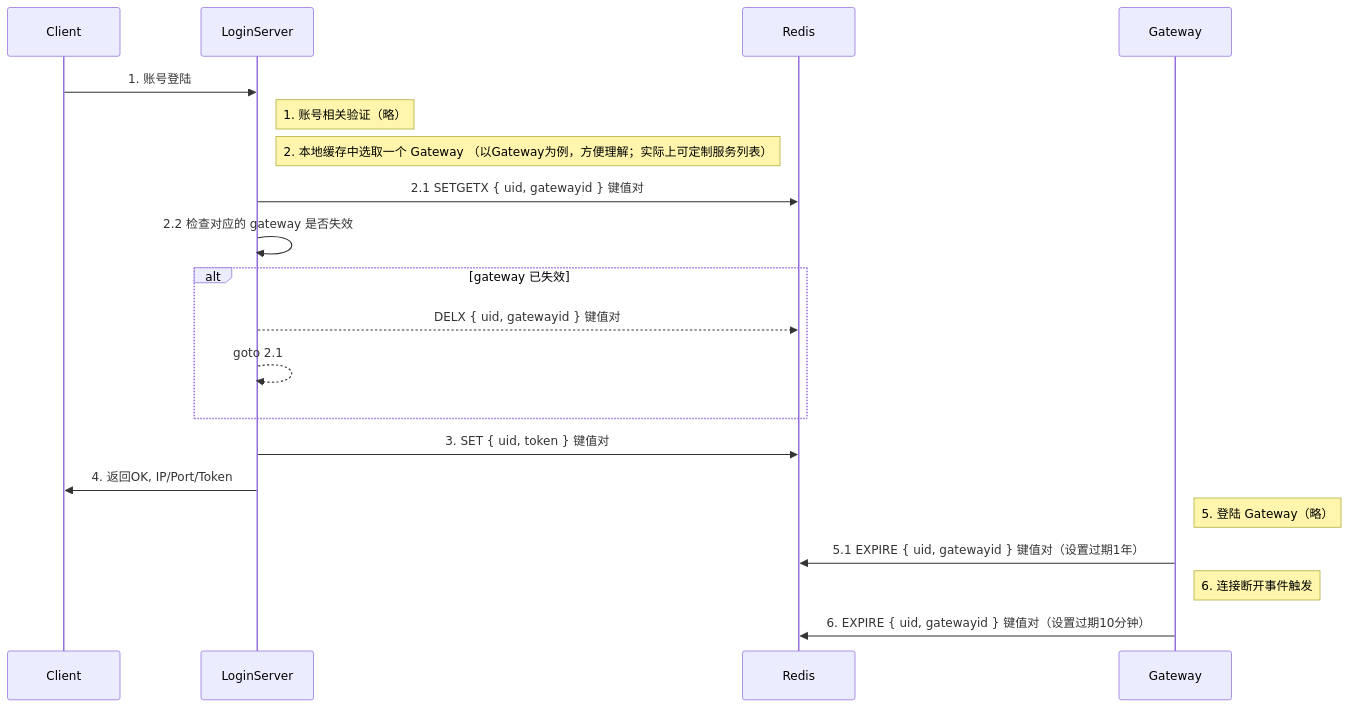
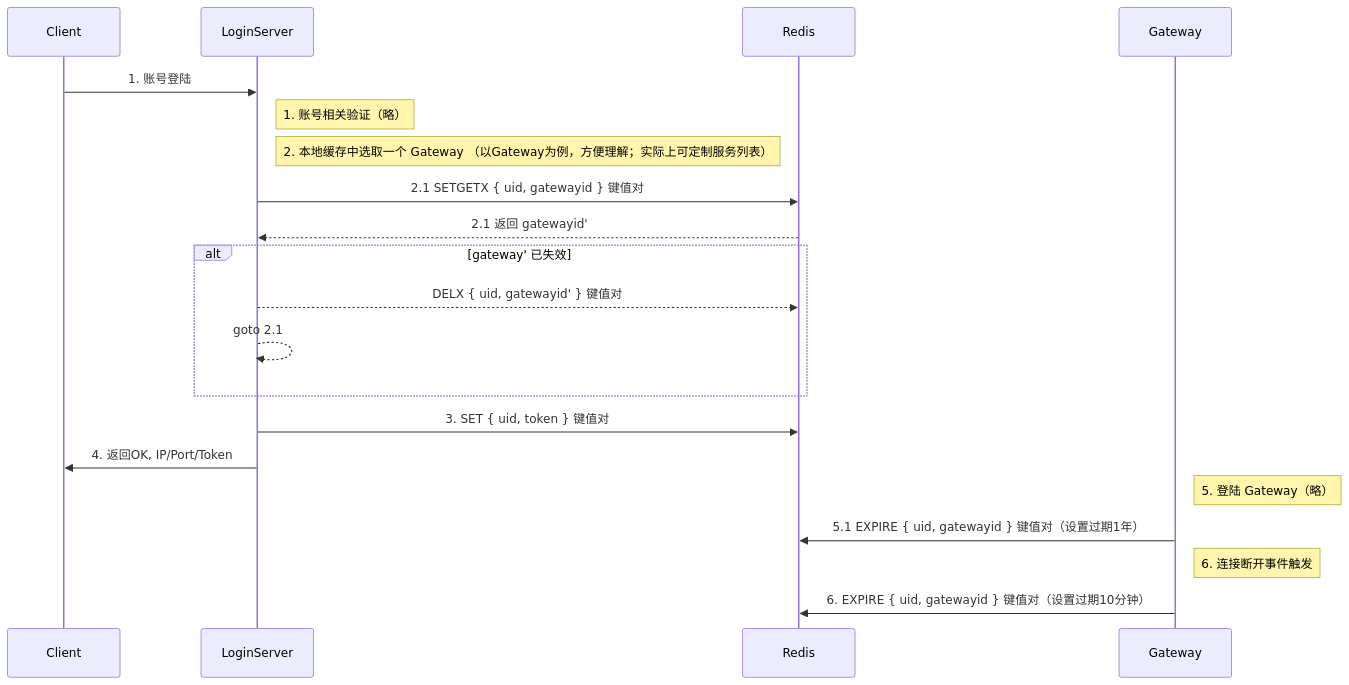
Before and after one commit to fananchong/go-xserver: the diagram in doc/assets/login.md, drawn with Mermaid. The commit also changed 9 other files, not shown here.

````diff
--- a/doc/assets/login.md
+++ b/doc/assets/login.md
@@ -1,22 +1,22 @@
 ```mermaid
 sequenceDiagram
 participant Client
 participant LoginServer
 participant Redis
 participant Gateway
 Client->>LoginServer: 1. 账号登陆
 Note right of LoginServer: 1. 账号相关验证（略）
 Note right of LoginServer: 2. 本地缓存中选取一个 Gateway （以Gateway为例，方便理解；实际上可定制服务列表）
 LoginServer->>Redis: 2.1 SETGETX { uid, gatewayid } 键值对
-LoginServer->>LoginServer: 2.2 检查对应的 gateway 是否失效
-alt gateway 已失效
-  LoginServer-->>Redis: DELX { uid, gatewayid } 键值对
+Redis-->>LoginServer: 2.1 返回 gatewayid'
+alt gateway' 已失效
+  LoginServer-->>Redis: DELX { uid, gatewayid' } 键值对
   LoginServer-->>LoginServer: goto 2.1
 end
 LoginServer->>Redis: 3. SET { uid, token } 键值对
 LoginServer->>Client: 4. 返回OK, IP/Port/Token
 Note right of Gateway: 5. 登陆 Gateway（略）
 Gateway->>Redis: 5.1 EXPIRE { uid, gatewayid } 键值对（设置过期1年）
 Note right of Gateway: 6. 连接断开事件触发
 Gateway->>Redis: 6. EXPIRE { uid, gatewayid } 键值对（设置过期10分钟）
 ```
````
